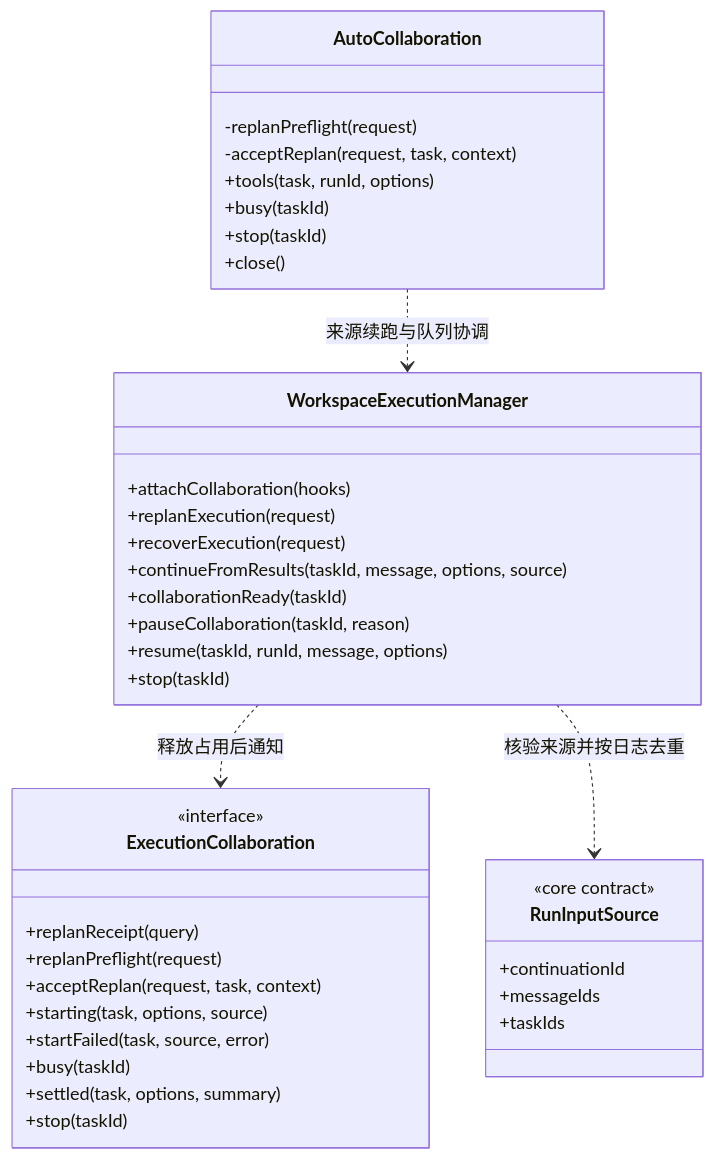
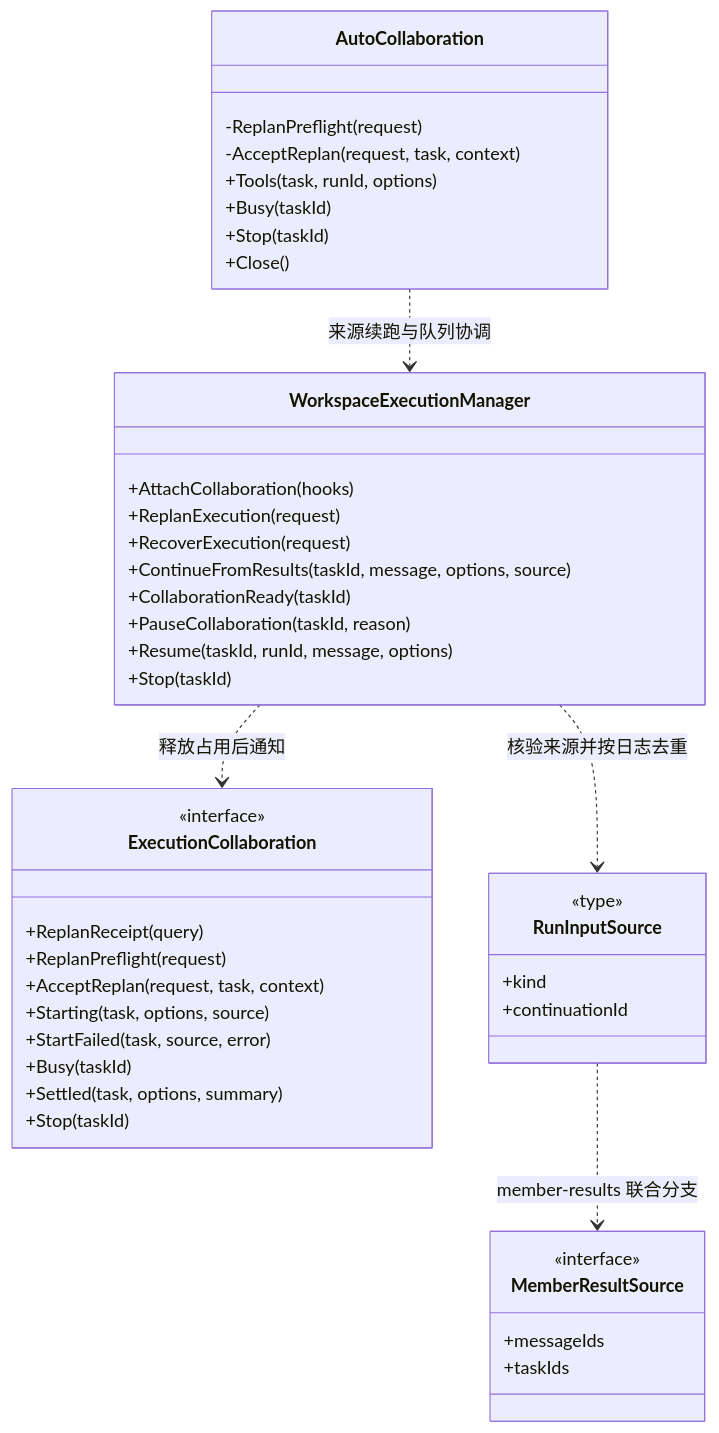
One commit to nan023062/cbim changed the first of 8 diagrams in src/logic/ARCHITECTURE.md. Above: the diagram before and after it, drawn with Mermaid. The commit also changed other lines of this file and 112 other files, not shown here.

Commit message:
docs: align source architecture with current declarations and contracts

````diff
--- a/src/logic/ARCHITECTURE.md
+++ b/src/logic/ARCHITECTURE.md
@@ -315,41 +315,46 @@
 ```mermaid
 classDiagram
 class WorkspaceExecutionManager {
-  +attachCollaboration(hooks)
-  +replanExecution(request)
-  +recoverExecution(request)
-  +continueFromResults(taskId, message, options, source)
-  +collaborationReady(taskId)
-  +pauseCollaboration(taskId, reason)
-  +resume(taskId, runId, message, options)
-  +stop(taskId)
+  +AttachCollaboration(hooks)
+  +ReplanExecution(request)
+  +RecoverExecution(request)
+  +ContinueFromResults(taskId, message, options, source)
+  +CollaborationReady(taskId)
+  +PauseCollaboration(taskId, reason)
+  +Resume(taskId, runId, message, options)
+  +Stop(taskId)
 }
 class ExecutionCollaboration {
   <<interface>>
-  +replanReceipt(query)
-  +replanPreflight(request)
-  +acceptReplan(request, task, context)
-  +starting(task, options, source)
-  +startFailed(task, source, error)
-  +busy(taskId)
-  +settled(task, options, summary)
-  +stop(taskId)
+  +ReplanReceipt(query)
+  +ReplanPreflight(request)
+  +AcceptReplan(request, task, context)
+  +Starting(task, options, source)
+  +StartFailed(task, source, error)
+  +Busy(taskId)
+  +Settled(task, options, summary)
+  +Stop(taskId)
 }
 class RunInputSource {
-  <<core contract>>
+  <<type>>
+  +kind
   +continuationId
+}
+class MemberResultSource {
+  <<interface>>
   +messageIds
   +taskIds
 }
+RunInputSource ..> MemberResultSource : member-results 联合分支
 WorkspaceExecutionManager ..> ExecutionCollaboration : 释放占用后通知
 WorkspaceExecutionManager ..> RunInputSource : 核验来源并按日志去重
 class AutoCollaboration {
-  -replanPreflight(request)
-  -acceptReplan(request, task, context)
-  +tools(task, runId, options)
-  +busy(taskId)
-  +stop(taskId)
-  +close()
+  -ReplanPreflight(request)
+  -AcceptReplan(request, task, context)
+  +Tools(task, runId, options)
+  +Busy(taskId)
+  +Stop(taskId)
+  +Close()
 }
 AutoCollaboration ..> WorkspaceExecutionManager : 来源续跑与队列协调
 ```
````
